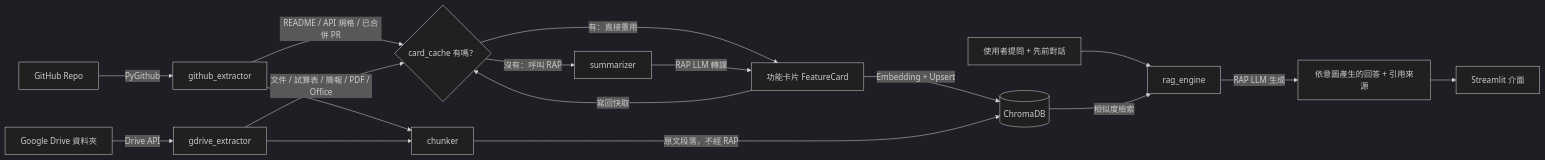
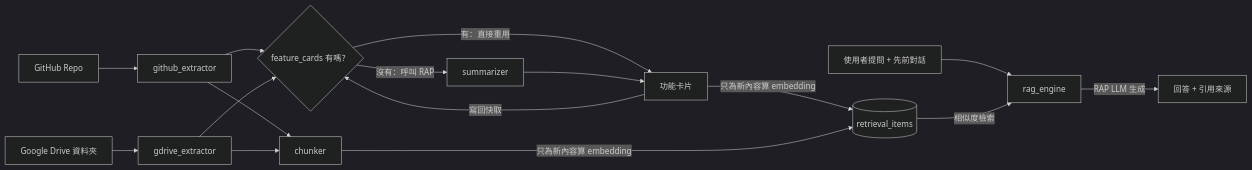
The second of 2 diagrams in README.md (OogaryoO/PMEC_tool), drawn with Mermaid (dark theme) before and after one commit. The commit also changed other lines of this file and 44 other files, not shown here.

````diff
--- a/README.md
+++ b/README.md
@@ -35,19 +55,13 @@
 ```mermaid
 flowchart LR
-    A[GitHub Repo] -->|PyGithub| B[github_extractor]
-    B -->|README / API 規格 / 已合併 PR| Z{card_cache 有嗎？}
-    J[Google Drive 資料夾] -->|Drive API| K[gdrive_extractor]
-    K -->|文件 / 試算表 / 簡報 / PDF / Office| Z
-    Z -->|有：直接重用| D[功能卡片 FeatureCard]
-    Z -->|沒有：呼叫 RAP| C[summarizer]
-    C -->|RAP LLM 轉譯| D
+    A[GitHub Repo] --> B[github_extractor]
+    J[Google Drive 資料夾] --> K[gdrive_extractor]
+    B & K --> Z{feature_cards 有嗎？}
+    Z -->|有：直接重用| D[功能卡片]
+    Z -->|沒有：呼叫 RAP| C[summarizer] --> D
     D -->|寫回快取| Z
-    D -->|Embedding + Upsert| E[(ChromaDB)]
-    B --> CH[chunker]
-    K --> CH
-    CH -->|原文段落，不經 RAP| E
+    B & K --> CH[chunker]
+    D & CH -->|只為新內容算 embedding| E[(retrieval_items)]
     F[使用者提問 + 先前對話] --> G[rag_engine]
-    E -->|相似度檢索| G
-    G -->|RAP LLM 生成| H[依意圖產生的回答 + 引用來源]
-    H --> I[Streamlit 介面]
+    E -->|相似度檢索| G -->|RAP LLM 生成| H[回答 + 引用來源]
 ```
````
